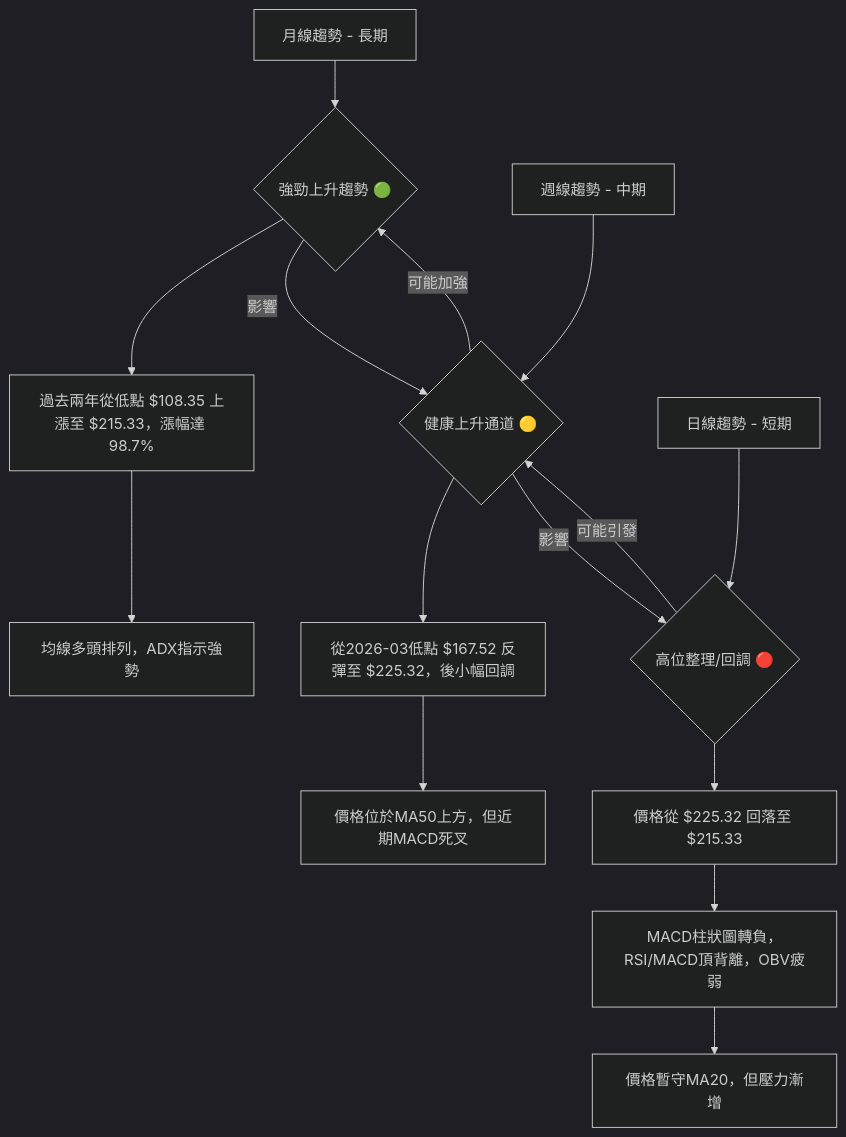
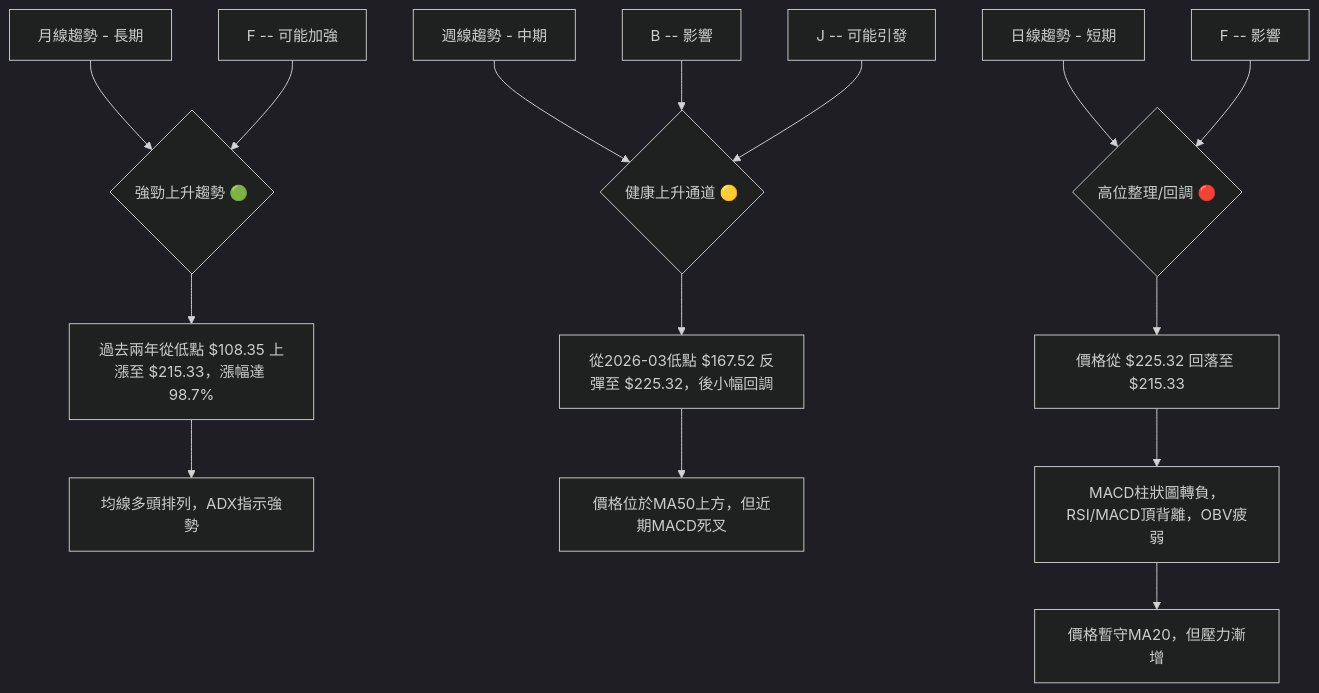
Before and after one commit to yennanliu/finance_data: the second of 4 diagrams in ai_gen_report/stock/nvda/technical_analysis_2026-05-25_gemini.md, drawn with Mermaid (dark theme). The commit also changed other lines of this file and 2258 other files, not shown here.

First line of the commit message:
chore: backfill Mermaid syntax repair across existing reports

````diff
--- a/ai_gen_report/stock/nvda/technical_analysis_2026-05-25_gemini.md
+++ b/ai_gen_report/stock/nvda/technical_analysis_2026-05-25_gemini.md
@@ -140,20 +140,20 @@
 ```mermaid
 graph TD
-    A[月線趨勢 - 長期] --> B{強勁上升趨勢 🟢}
-    B --> C[過去兩年從低點 $108.35 上漲至 $215.33，漲幅達 98.7%]
-    C --> D[均線多頭排列，ADX指示強勢]
+    A["月線趨勢 - 長期"] --> B{"強勁上升趨勢 🟢"}
+    B --> C["過去兩年從低點 $108.35 上漲至 $215.33，漲幅達 98.7%"]
+    C --> D["均線多頭排列，ADX指示強勢"]
 
-    E[週線趨勢 - 中期] --> F{健康上升通道 🟡}
-    F --> G[從2026-03低點 $167.52 反彈至 $225.32，後小幅回調]
-    G --> H[價格位於MA50上方，但近期MACD死叉]
+    E["週線趨勢 - 中期"] --> F{"健康上升通道 🟡"}
+    F --> G["從2026-03低點 $167.52 反彈至 $225.32，後小幅回調"]
+    G --> H["價格位於MA50上方，但近期MACD死叉"]
 
-    I[日線趨勢 - 短期] --> J{高位整理/回調 🔴}
-    J --> K[價格從 $225.32 回落至 $215.33]
-    K --> L[MACD柱狀圖轉負，RSI/MACD頂背離，OBV疲弱]
-    L --> M[價格暫守MA20，但壓力漸增]
+    I["日線趨勢 - 短期"] --> J{"高位整理/回調 🔴"}
+    J --> K["價格從 $225.32 回落至 $215.33"]
+    K --> L["MACD柱狀圖轉負，RSI/MACD頂背離，OBV疲弱"]
+    L --> M["價格暫守MA20，但壓力漸增"]
 
-    B -- 影響 --> F
-    F -- 影響 --> J
-    J -- 可能引發 --> F
-    F -- 可能加強 --> B
+    nb1["B -- 影響"] --> F
+    nb2["F -- 影響"] --> J
+    nb3["J -- 可能引發"] --> F
+    nb4["F -- 可能加強"] --> B
 ```
````
